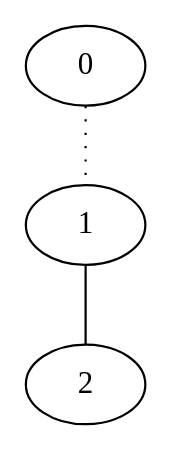
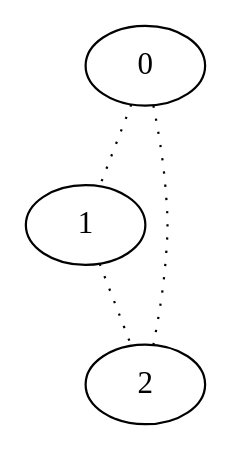
One commit to d1laj/Stage-M2 changed the diagram in TestPathsv1/result/3.dot. Above: the diagram before and after it, drawn with Graphviz. The commit also changed 12 other files, not shown here.

```diff
--- a/TestPathsv1/result/3.dot
+++ b/TestPathsv1/result/3.dot
@@ -1,7 +1,8 @@
 graph {
 a[label=0]
 b[label=1]
 c[label=2]
 a -- b [style=dotted];
-b -- c;
+b -- c [style=dotted];
+a -- c [style=dotted];
 }
```
